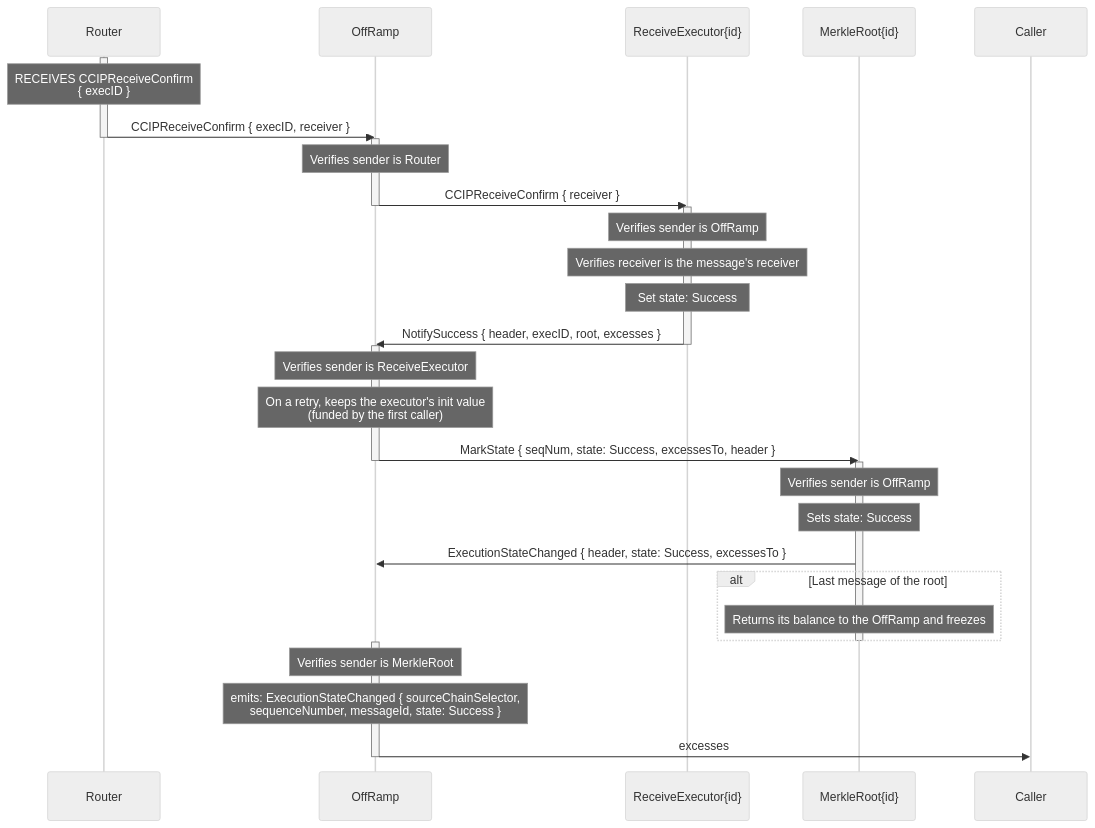
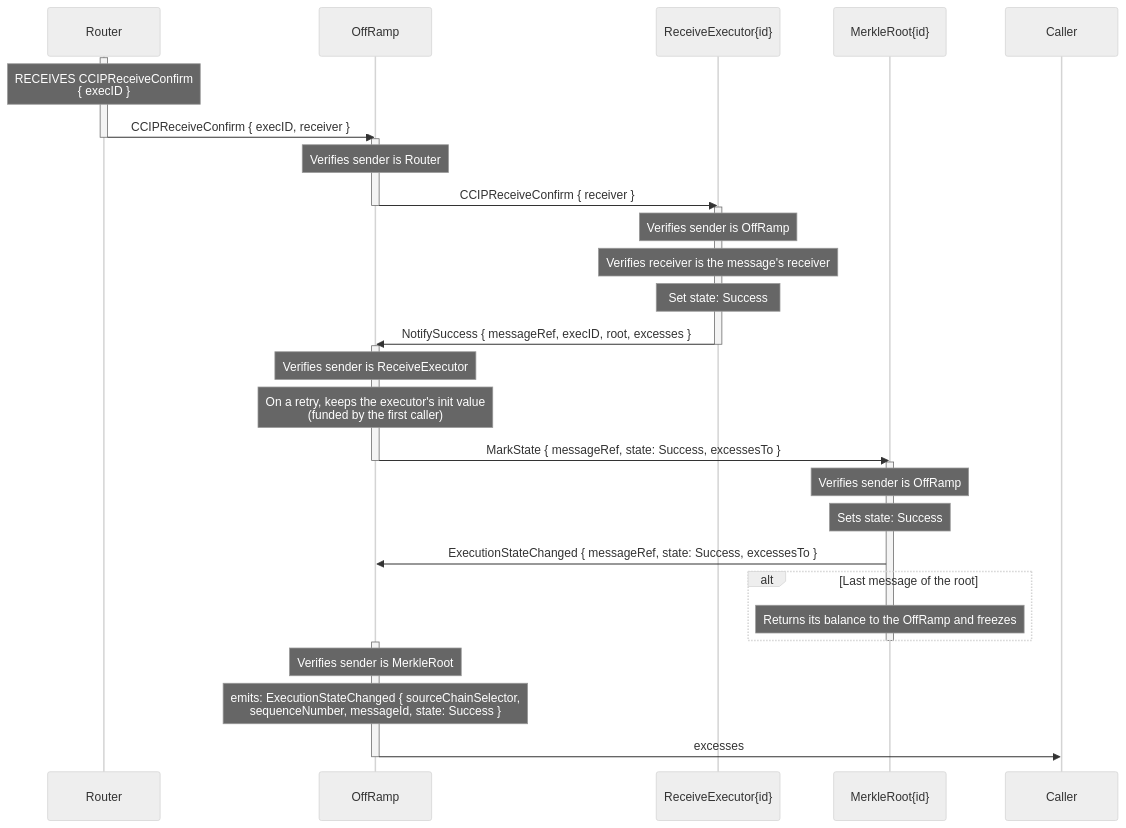
One commit to smartcontractkit/chainlink-ton changed the fifth of 7 diagrams in docs/contracts/overview/ccip/offramp/arbitrary-msg.md. Above: the diagram before and after it, drawn with Mermaid (neutral theme). The commit also changed other lines of this file and 14 other files, not shown here.

Commit message:
ref: duplicate data with `header`

````diff
--- a/docs/contracts/overview/ccip/offramp/arbitrary-msg.md
+++ b/docs/contracts/overview/ccip/offramp/arbitrary-msg.md
@@ -181,54 +181,54 @@
 ```mermaid
 sequenceDiagram
     participant R as Router
     participant OR as OffRamp
     participant RE as ReceiveExecutor{id}
     participant MR as MerkleRoot{id}
     participant C as Caller
 
 
     activate R
     Note over R: RECEIVES CCIPReceiveConfirm<br>{ execID }
     R ->> OR: CCIPReceiveConfirm { execID, receiver }
     deactivate R
 
 
 
     activate OR
     Note over OR: Verifies sender is Router
     OR ->> RE: CCIPReceiveConfirm { receiver }
     deactivate OR
 
 
     activate RE
     Note over RE: Verifies sender is OffRamp
     Note over RE: Verifies receiver is the message's receiver
     Note over RE: Set state: Success
-    RE ->> OR: NotifySuccess { header, execID, root, excesses }
+    RE ->> OR: NotifySuccess { messageRef, execID, root, excesses }
     deactivate RE
 
 
 
     activate OR
     Note over OR: Verifies sender is ReceiveExecutor
     Note over OR: On a retry, keeps the executor's init value<br>(funded by the first caller)
-    OR ->> MR: MarkState { seqNum, state: Success, excessesTo, header }
+    OR ->> MR: MarkState { messageRef, state: Success, excessesTo }
     deactivate OR
 
 
     activate MR
     Note over MR: Verifies sender is OffRamp
     Note over MR: Sets state: Success
-    MR ->> OR: ExecutionStateChanged { header, state: Success, excessesTo }
+    MR ->> OR: ExecutionStateChanged { messageRef, state: Success, excessesTo }
     alt Last message of the root
     Note over MR: Returns its balance to the OffRamp and freezes
     end
     deactivate MR
 
 
     activate OR
     Note over OR: Verifies sender is MerkleRoot
     Note over OR: emits: ExecutionStateChanged { sourceChainSelector,<br>sequenceNumber, messageId, state: Success }
     OR ->> C: excesses
     deactivate OR
 ```
````
